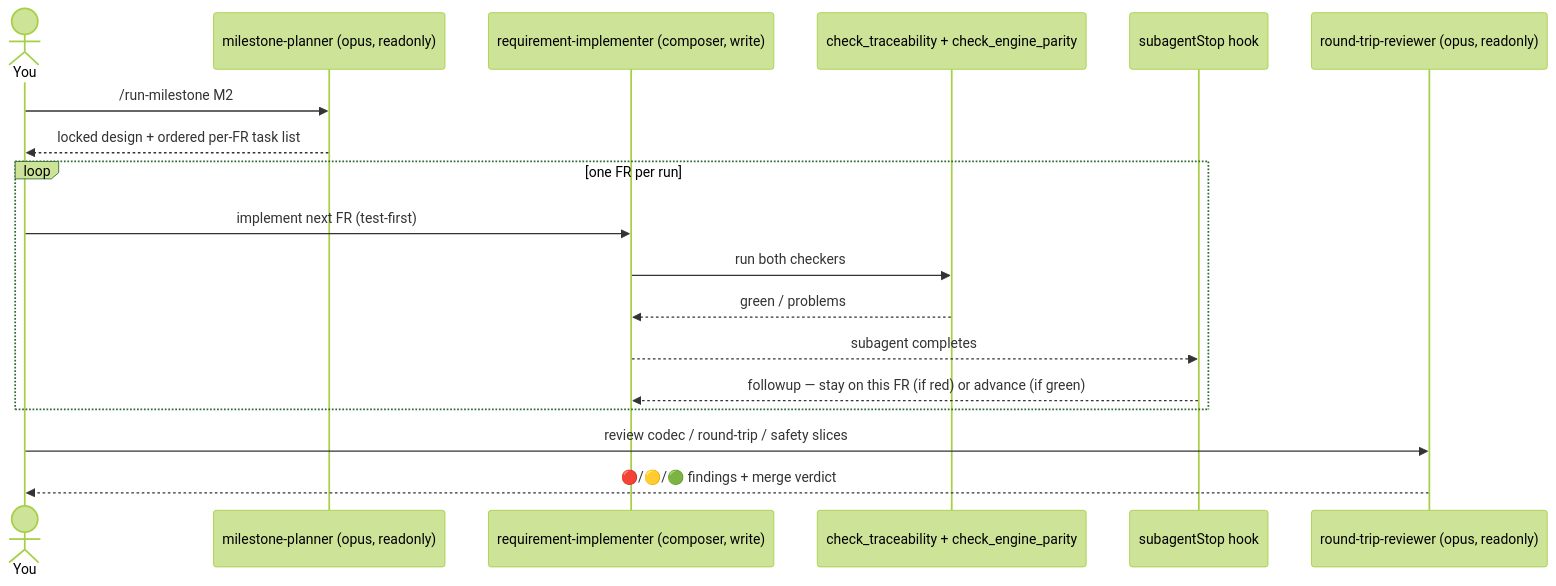
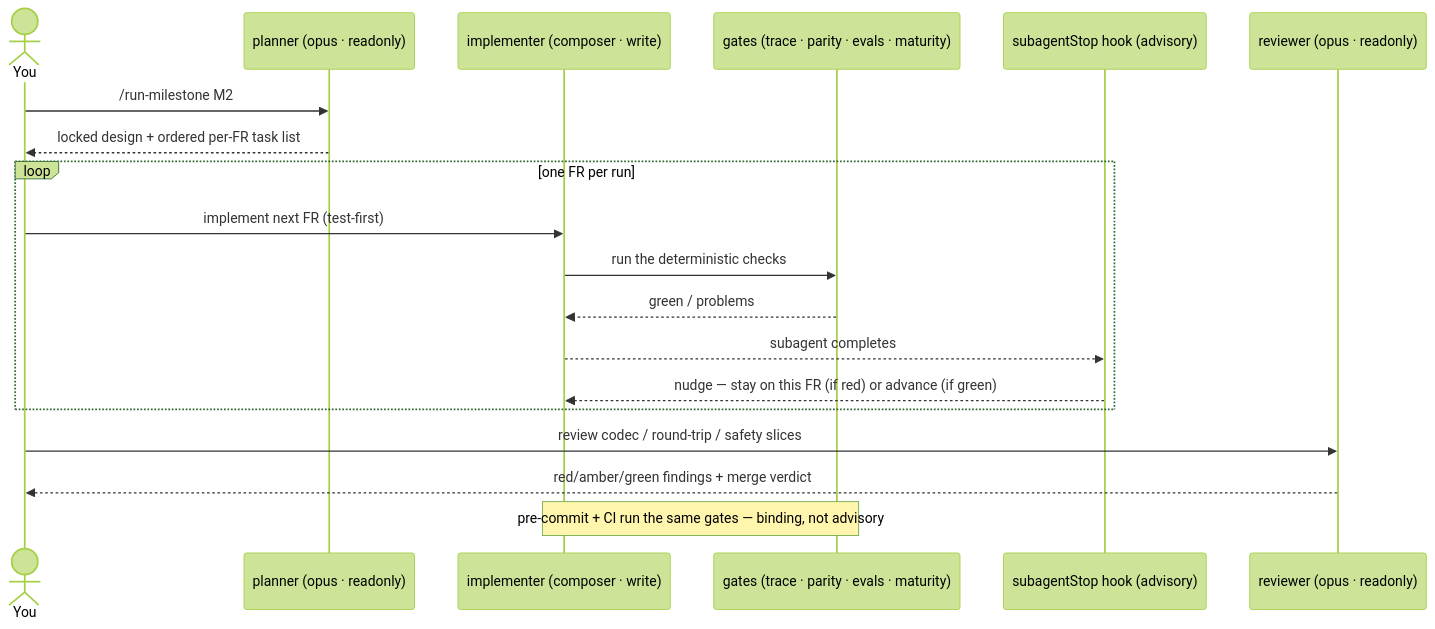
One commit to transon-org/transon-blockly changed the second of 3 diagrams in docs/guides/agentic-development.md. Above: the diagram before and after it, drawn with Mermaid (forest theme). The commit also changed other lines of this file and 11 other files, not shown here.

First line of the commit message:
tooling: apply critical maturity fixes (git hooks, harness evals, fail-closed parity)

````diff
--- a/docs/guides/agentic-development.md
+++ b/docs/guides/agentic-development.md
@@ -87,21 +93,22 @@
 ```mermaid
 sequenceDiagram
     actor You
-    participant Planner as milestone-planner (opus, readonly)
-    participant Impl as requirement-implementer (composer, write)
-    participant Gates as check_traceability + check_engine_parity
-    participant Hook as subagentStop hook
-    participant Reviewer as round-trip-reviewer (opus, readonly)
+    participant Planner as planner (opus · readonly)
+    participant Impl as implementer (composer · write)
+    participant Gates as gates (trace · parity · evals · maturity)
+    participant Hook as subagentStop hook (advisory)
+    participant Reviewer as reviewer (opus · readonly)
 
     You->>Planner: /run-milestone M2
     Planner-->>You: locked design + ordered per-FR task list
     loop one FR per run
         You->>Impl: implement next FR (test-first)
-        Impl->>Gates: run both checkers
+        Impl->>Gates: run the deterministic checks
         Gates-->>Impl: green / problems
         Impl-->>Hook: subagent completes
-        Hook-->>Impl: followup — stay on this FR (if red) or advance (if green)
+        Hook-->>Impl: nudge — stay on this FR (if red) or advance (if green)
     end
     You->>Reviewer: review codec / round-trip / safety slices
-    Reviewer-->>You: 🔴/🟡/🟢 findings + merge verdict
+    Reviewer-->>You: red/amber/green findings + merge verdict
+    Note over Impl,Gates: pre-commit + CI run the same gates — binding, not advisory
 ```
````
